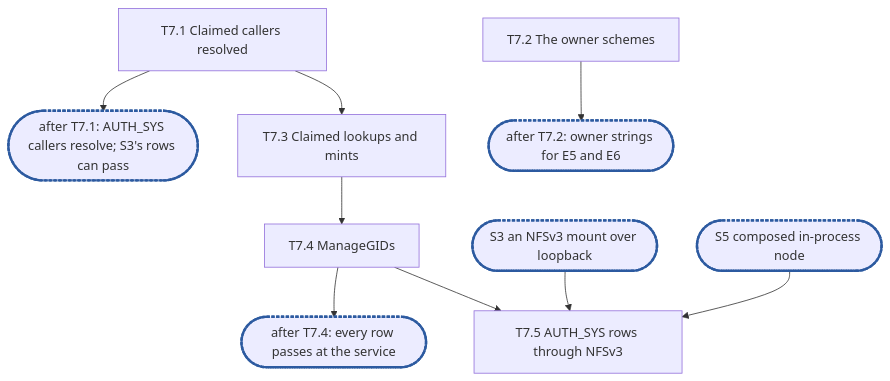
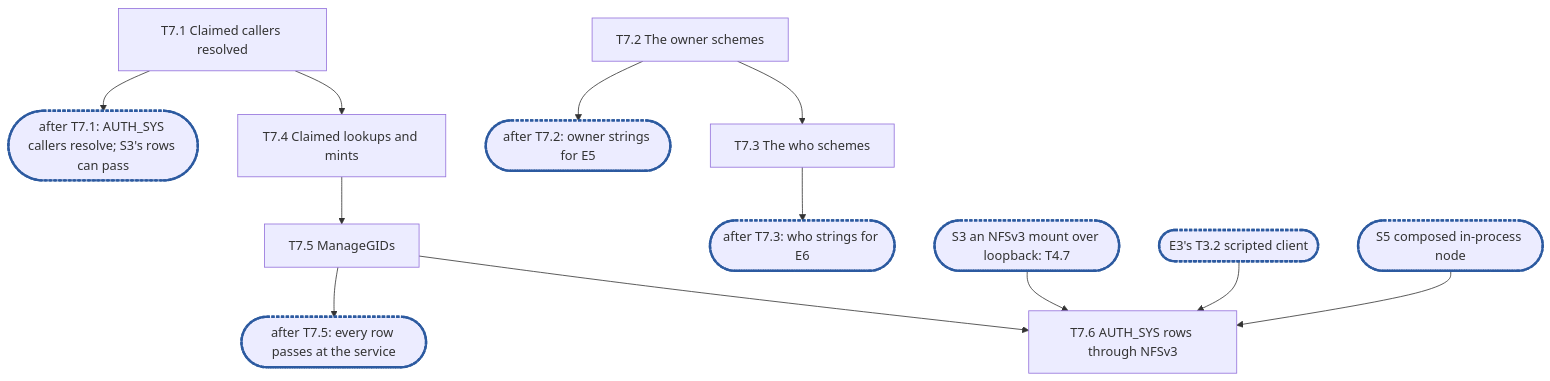
One commit to cubbit/dittofs changed the diagram in .planning/rfc-21-nfs-epic7.md. Above: the diagram before and after it, drawn with Mermaid. The commit also changed other lines of this file, not shown here.

````diff
--- a/.planning/rfc-21-nfs-epic7.md
+++ b/.planning/rfc-21-nfs-epic7.md
@@ -674,14 +731,17 @@
 ```mermaid
 flowchart TD
   T7_1["T7.1 Claimed callers resolved"]
   T7_2["T7.2 The owner schemes"]
   T7_1 --> C1(["after T7.1: AUTH_SYS callers resolve; S3's rows can pass"]):::sync
-  T7_2 --> C2(["after T7.2: owner strings for E5 and E6"]):::sync
-  T7_1 --> T7_3["T7.3 Claimed lookups and mints"]
-  T7_3 --> T7_4["T7.4 ManageGIDs"]
-  T7_4 --> C3(["after T7.4: every row passes at the service"]):::sync
-  S3(["S3 an NFSv3 mount over loopback"]):::sync
+  T7_2 --> C2(["after T7.2: owner strings for E5"]):::sync
+  T7_2 --> T7_3["T7.3 The who schemes"]
+  T7_3 --> C4(["after T7.3: who strings for E6"]):::sync
+  T7_1 --> T7_4["T7.4 Claimed lookups and mints"]
+  T7_4 --> T7_5["T7.5 ManageGIDs"]
+  T7_5 --> C3(["after T7.5: every row passes at the service"]):::sync
+  S3(["S3 an NFSv3 mount over loopback: T4.7"]):::sync
+  T3_2(["E3's T3.2 scripted client"]):::sync
   S5(["S5 composed in-process node"]):::sync
-  T7_4 & S3 & S5 --> T7_5["T7.5 AUTH_SYS rows through NFSv3"]
+  T7_5 & S3 & S5 & T3_2 --> T7_6["T7.6 AUTH_SYS rows through NFSv3"]
   classDef sync stroke:#2c5aa0,stroke-width:3px,stroke-dasharray:4 2
 ```
````
